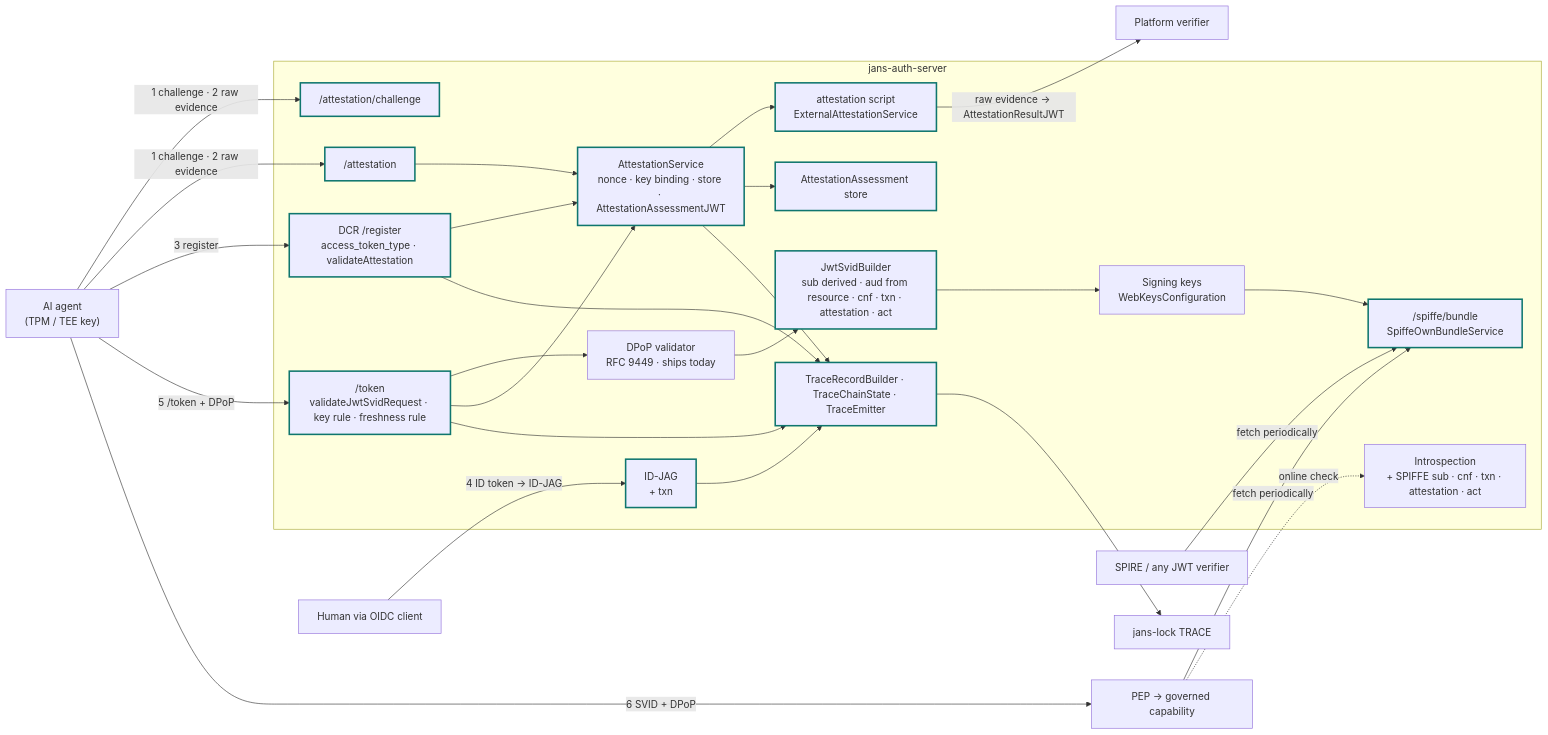
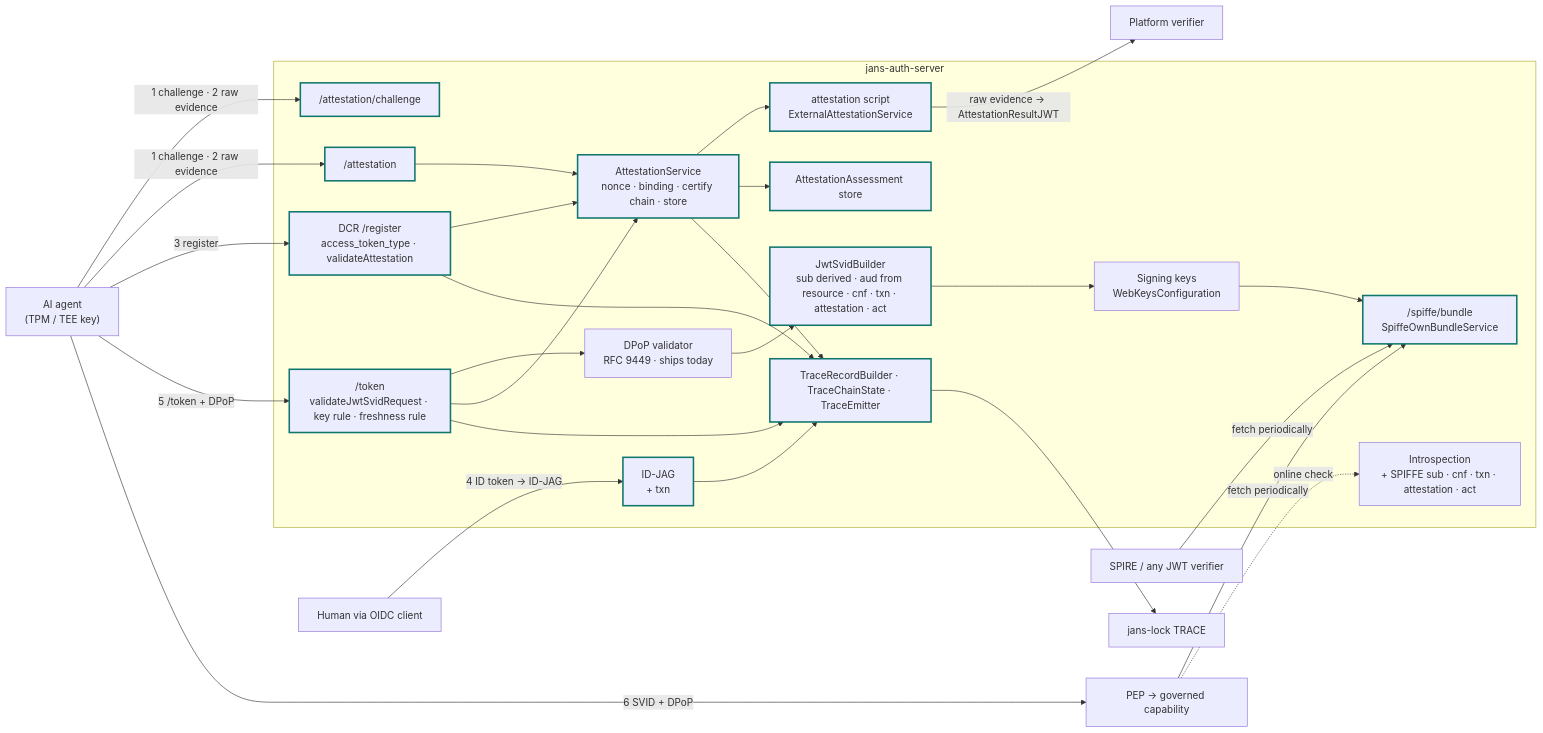
The sixth of 6 diagrams in docs/janssen-server/auth-server/oauth-features/agent-identity-hardware-anchored-trace.md (JanssenProject/jans), drawn with Mermaid before and after one commit. The commit also changed other lines of this file, not shown here.

````diff
--- a/docs/janssen-server/auth-server/oauth-features/agent-identity-hardware-anchored-trace.md
+++ b/docs/janssen-server/auth-server/oauth-features/agent-identity-hardware-anchored-trace.md
@@ -1070,41 +1321,41 @@
 ```mermaid
 flowchart LR
     subgraph AS["jans-auth-server"]
         CH["/attestation/challenge"]:::new
         AT["/attestation"]:::new
-        ASVC["AttestationService<br/>nonce · key binding · store · AttestationAssessmentJWT"]:::new
+        ASVC["AttestationService<br/>nonce · binding · certify chain · store"]:::new
         ASCR["attestation script<br/>ExternalAttestationService"]:::new
         ASTORE["AttestationAssessment store"]:::new
         DCR["DCR /register<br/>access_token_type · validateAttestation"]:::new
         TOK["/token<br/>validateJwtSvidRequest · key rule · freshness rule"]:::new
         DPOP["DPoP validator<br/>RFC 9449 · ships today"]
         IDJ["ID-JAG<br/>+ txn"]:::new
         MINT["JwtSvidBuilder<br/>sub derived · aud from resource · cnf · txn · attestation · act"]:::new
         KEYS["Signing keys<br/>WebKeysConfiguration"]
         BUN["/spiffe/bundle<br/>SpiffeOwnBundleService"]:::new
         TR["TraceRecordBuilder · TraceChainState · TraceEmitter"]:::new
         INTRO["Introspection<br/>+ SPIFFE sub · cnf · txn · attestation · act"]
     end
     AGENT["AI agent<br/>(TPM / TEE key)"]
     HUMAN["Human via OIDC client"]
     VER["Platform verifier"]
     LOCK["jans-lock TRACE"]
     SPIRE["SPIRE / any JWT verifier"]
     PEP["PEP → governed capability"]
 
     AGENT -- "1 challenge · 2 raw evidence" --> CH & AT
     AT --> ASVC --> ASCR
     ASCR -- "raw evidence → AttestationResultJWT" --> VER
     ASVC --> ASTORE
     AGENT -- "3 register" --> DCR --> ASVC
     HUMAN -- "4 ID token → ID-JAG" --> IDJ
     AGENT -- "5 /token + DPoP" --> TOK --> DPOP --> MINT
     TOK --> ASVC
     MINT --> KEYS --> BUN
     ASVC & DCR & IDJ & TOK --> TR --> LOCK
     SPIRE & PEP -- "fetch periodically" --> BUN
     AGENT -- "6 SVID + DPoP" --> PEP
     PEP -. "online check" .-> INTRO
 
     classDef new stroke:#0f766e,stroke-width:2.5px;
 ```
````
